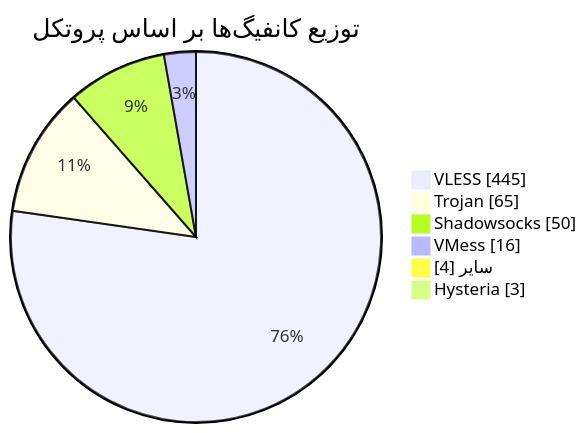
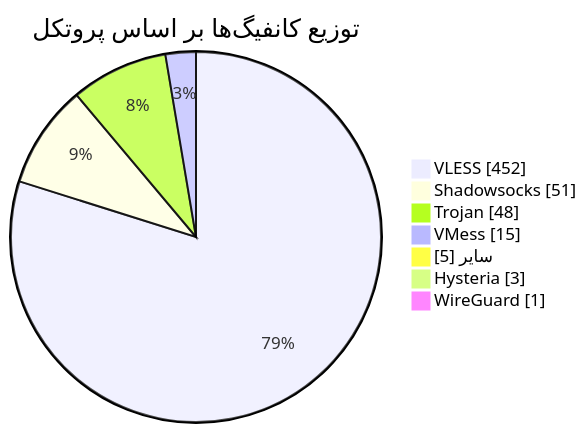
Before and after one commit to Arian-Alijani/Somthing: the diagram in README.md, drawn with Mermaid. The commit also changed other lines of this file and 19 other files, not shown here.

````diff
--- a/README.md
+++ b/README.md
@@ -48,10 +49,11 @@
 ```mermaid
 pie showData
     title توزیع کانفیگ‌ها بر اساس پروتکل
-    "VLESS" : 445
-    "Trojan" : 65
-    "Shadowsocks" : 50
-    "VMess" : 16
-    "سایر" : 4
+    "VLESS" : 452
+    "Shadowsocks" : 51
+    "Trojan" : 48
+    "VMess" : 15
+    "سایر" : 5
     "Hysteria" : 3
+    "WireGuard" : 1
 ```
````
